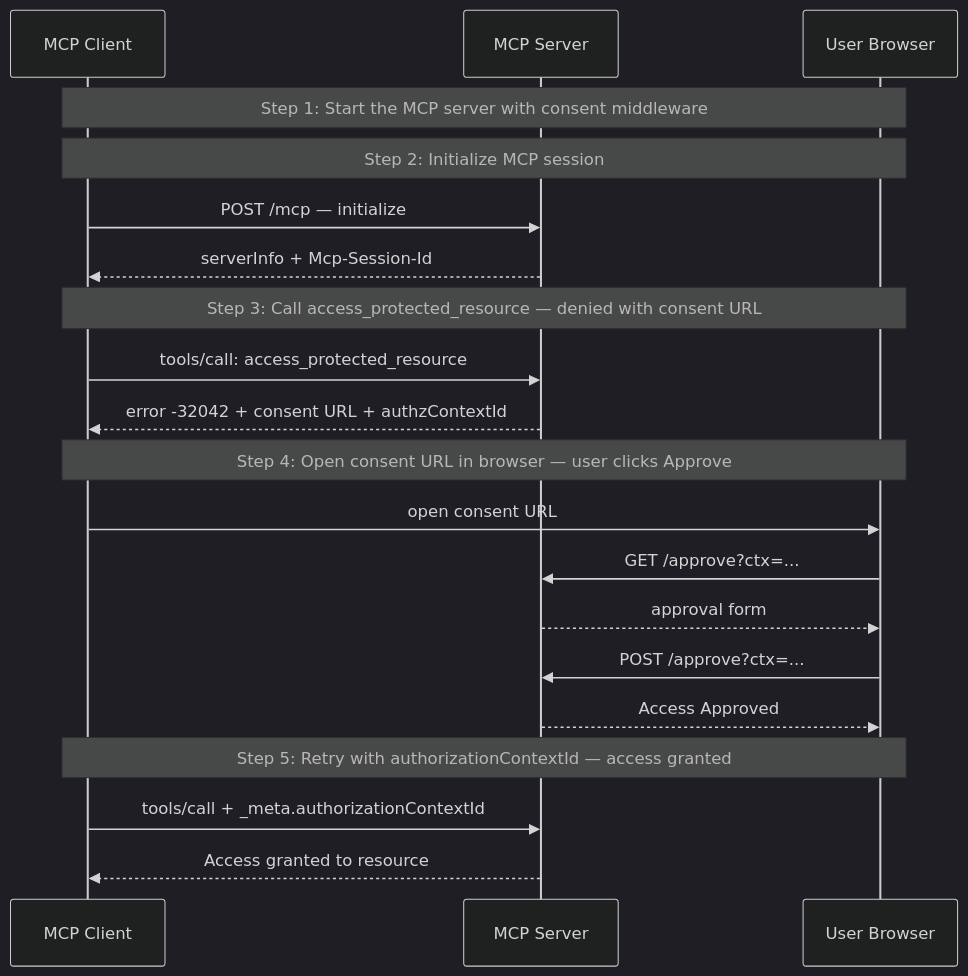
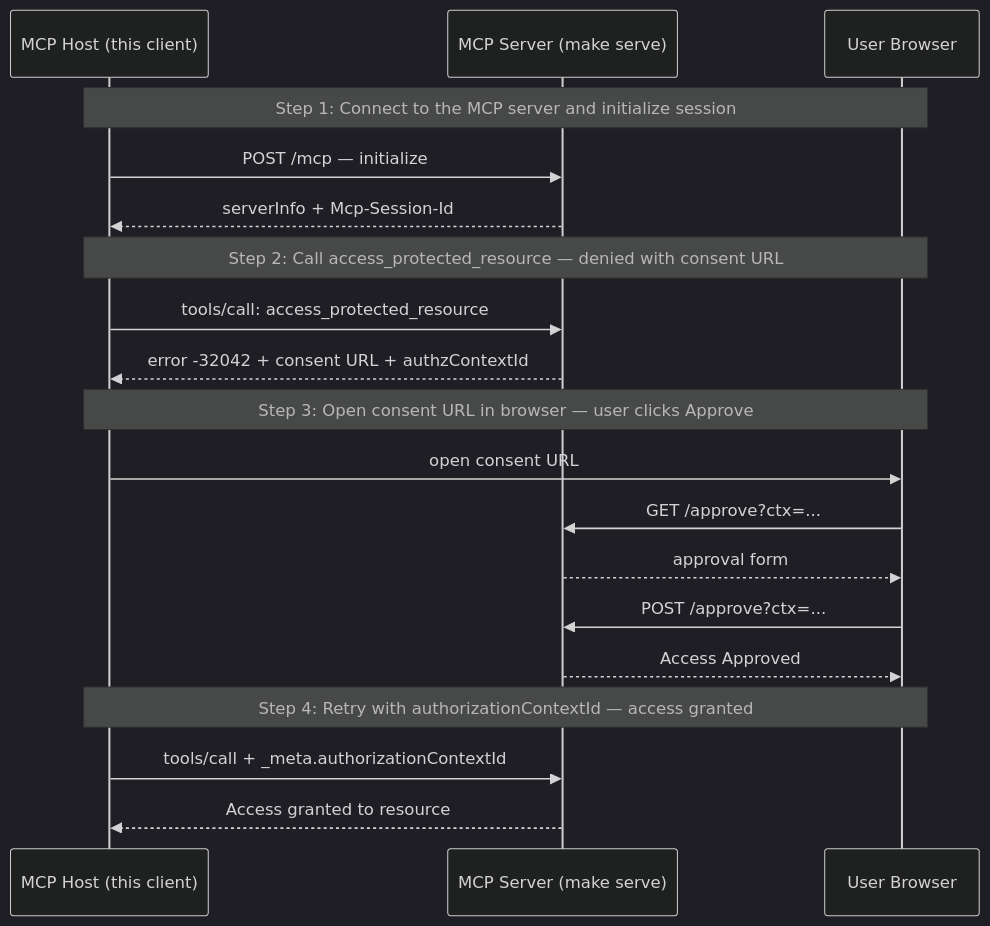
The diagram in examples/elicitation/README.md (panyam/mcpkit), drawn with Mermaid (dark theme) before and after one commit. The commit also changed other lines of this file and 3 other files, not shown here.

````diff
--- a/examples/elicitation/README.md
+++ b/examples/elicitation/README.md
@@ -15,27 +14,25 @@
 ```mermaid
 sequenceDiagram
-    participant Client as MCP Client
-    participant Server as MCP Server
+    participant Host as MCP Host (this client)
+    participant Server as MCP Server (make serve)
     participant Browser as User Browser
 
-    Note over Client,Browser: Step 1: Start the MCP server with consent middleware
+    Note over Host,Browser: Step 1: Connect to the MCP server and initialize session
+    Host->>Server: POST /mcp — initialize
+    Server-->>Host: serverInfo + Mcp-Session-Id
 
-    Note over Client,Browser: Step 2: Initialize MCP session
-    Client->>Server: POST /mcp — initialize
-    Server-->>Client: serverInfo + Mcp-Session-Id
+    Note over Host,Browser: Step 2: Call access_protected_resource — denied with consent URL
+    Host->>Server: tools/call: access_protected_resource
+    Server-->>Host: error -32042 + consent URL + authzContextId
 
-    Note over Client,Browser: Step 3: Call access_protected_resource — denied with consent URL
-    Client->>Server: tools/call: access_protected_resource
-    Server-->>Client: error -32042 + consent URL + authzContextId
-
-    Note over Client,Browser: Step 4: Open consent URL in browser — user clicks Approve
-    Client->>Browser: open consent URL
+    Note over Host,Browser: Step 3: Open consent URL in browser — user clicks Approve
+    Host->>Browser: open consent URL
     Browser->>Server: GET /approve?ctx=...
     Server-->>Browser: approval form
     Browser->>Server: POST /approve?ctx=...
     Server-->>Browser: Access Approved
 
-    Note over Client,Browser: Step 5: Retry with authorizationContextId — access granted
-    Client->>Server: tools/call + _meta.authorizationContextId
-    Server-->>Client: Access granted to resource
+    Note over Host,Browser: Step 4: Retry with authorizationContextId — access granted
+    Host->>Server: tools/call + _meta.authorizationContextId
+    Server-->>Host: Access granted to resource
 ```
````
